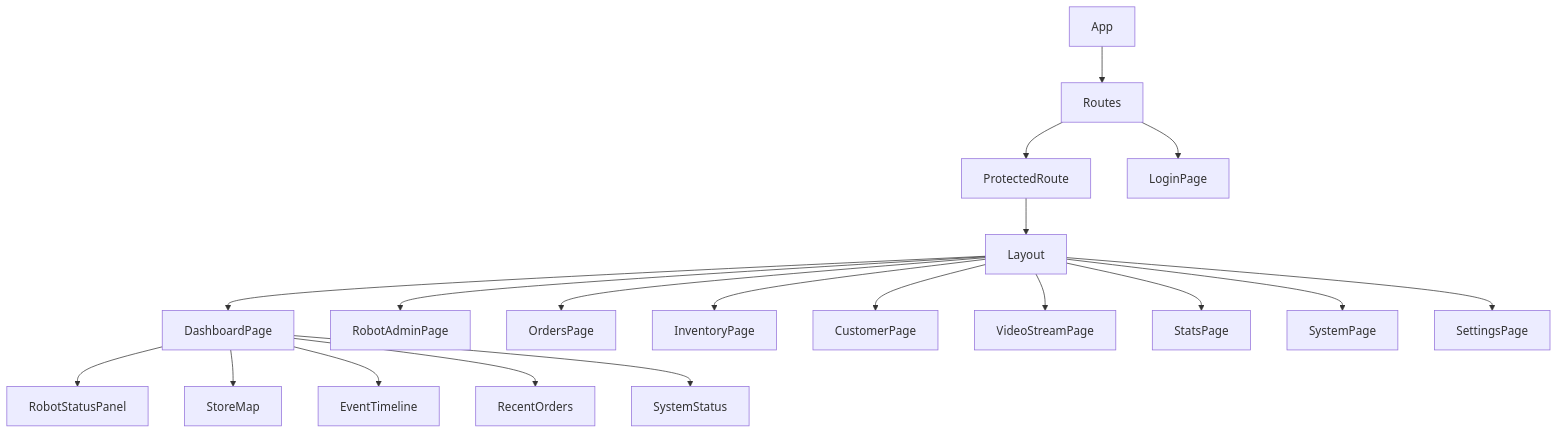
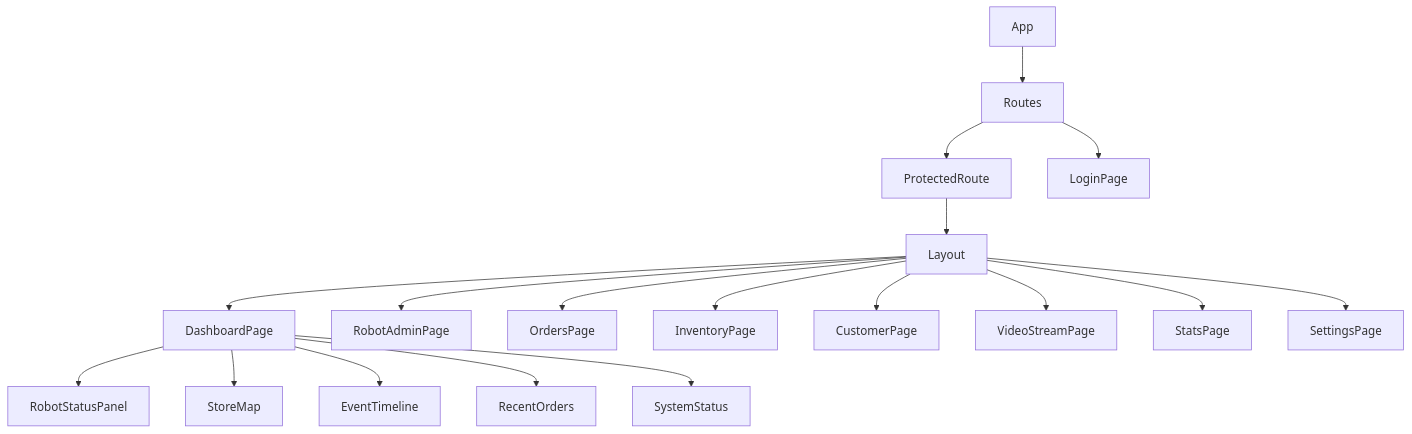
Before and after one commit to addinedu-roscamp-4th/roscamp-repo-2: the first of 4 diagrams in robodine_service/frontend/operator/README.md, drawn with Mermaid. The commit also changed other lines of this file and 27 other files, not shown here.

````diff
--- a/robodine_service/frontend/operator/README.md
+++ b/robodine_service/frontend/operator/README.md
@@ -123,24 +122,23 @@
 ```mermaid
 graph TD
     A[App] --> B[Routes]
     B --> C[ProtectedRoute]
     C --> D[Layout]
     
     D --> E[DashboardPage]
     D --> F[RobotAdminPage]
     D --> G[OrdersPage]
     D --> H[InventoryPage]
     D --> I[CustomerPage]
     D --> J[VideoStreamPage]
     D --> K[StatsPage]
-    D --> L[SystemPage]
     D --> M[SettingsPage]
     
     B --> N[LoginPage]
     
     E --> O[RobotStatusPanel]
     E --> P[StoreMap]
     E --> Q[EventTimeline]
     E --> R[RecentOrders]
     E --> S[SystemStatus]
 ```
````
